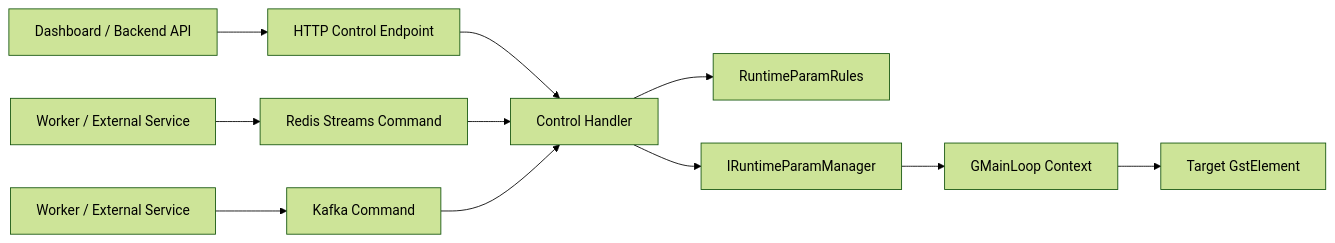
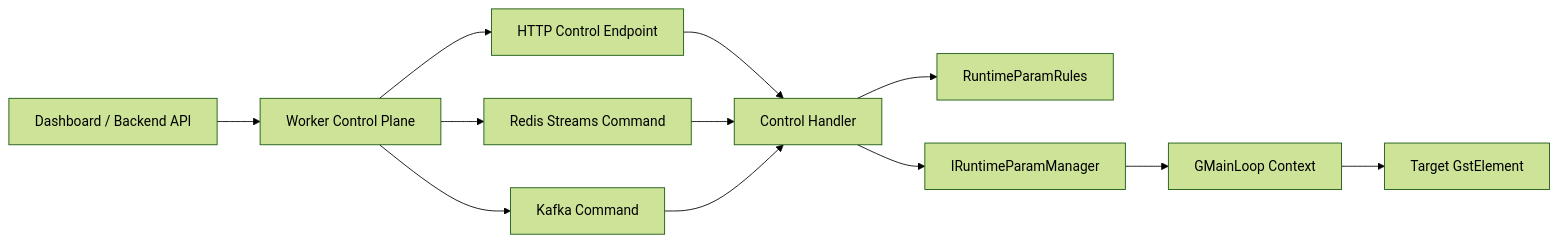
One commit to nam278/vms-engine changed the diagram in docs/architecture/deepstream/11_runtime_element_control.md. Above: the diagram before and after it, drawn with Mermaid (forest theme). The commit also changed other lines of this file and 29 other files, not shown here.

````diff
--- a/docs/architecture/deepstream/11_runtime_element_control.md
+++ b/docs/architecture/deepstream/11_runtime_element_control.md
@@ -102,15 +108,16 @@
 ```mermaid
 flowchart LR
-    UI[Dashboard / Backend API] --> HTTP[HTTP Control Endpoint]
-    WORKER[Worker / External Service] --> REDIS[Redis Streams Command]
-    WORKER2[Worker / External Service] --> KAFKA[Kafka Command]
+  APP[Dashboard / Backend API] --> WORKER[Worker Control Plane]
+  WORKER --> HTTP[HTTP Control Endpoint]
+  WORKER --> REDIS[Redis Streams Command]
+  WORKER --> KAFKA[Kafka Command]
 
     HTTP --> CTRL[Control Handler]
     REDIS --> CTRL
     KAFKA --> CTRL
 
     CTRL --> RULES[RuntimeParamRules]
     CTRL --> RPM[IRuntimeParamManager]
     RPM --> LOOP[GMainLoop Context]
     LOOP --> ELEM[Target GstElement]
 ```
````
